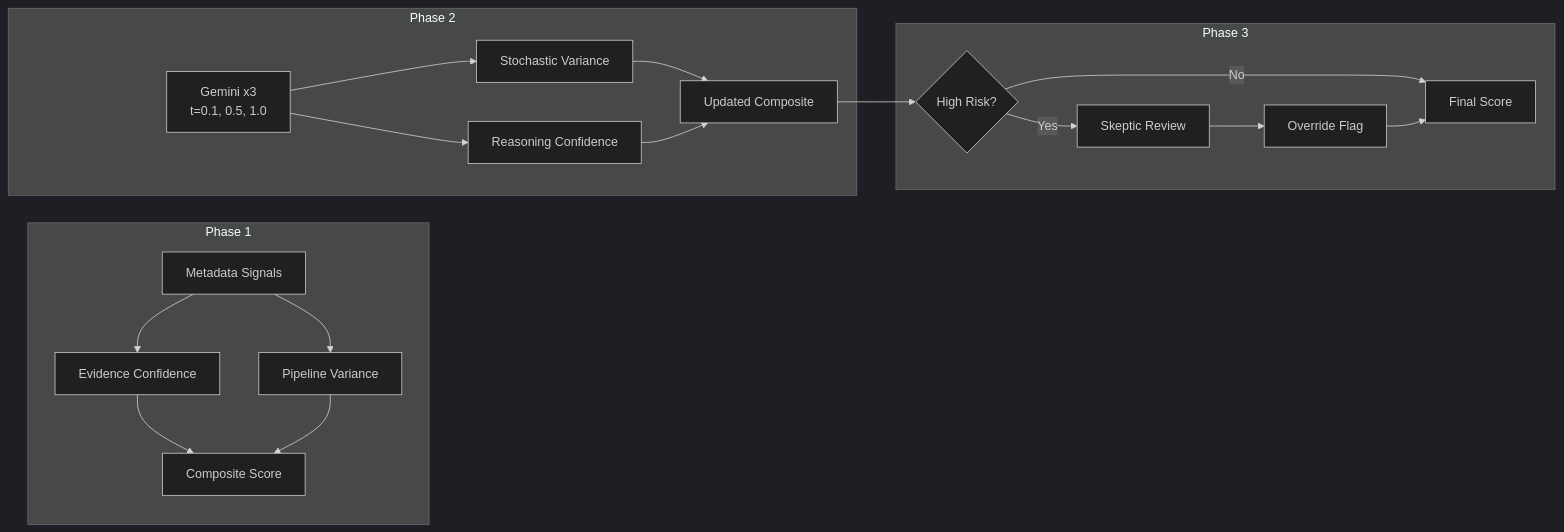
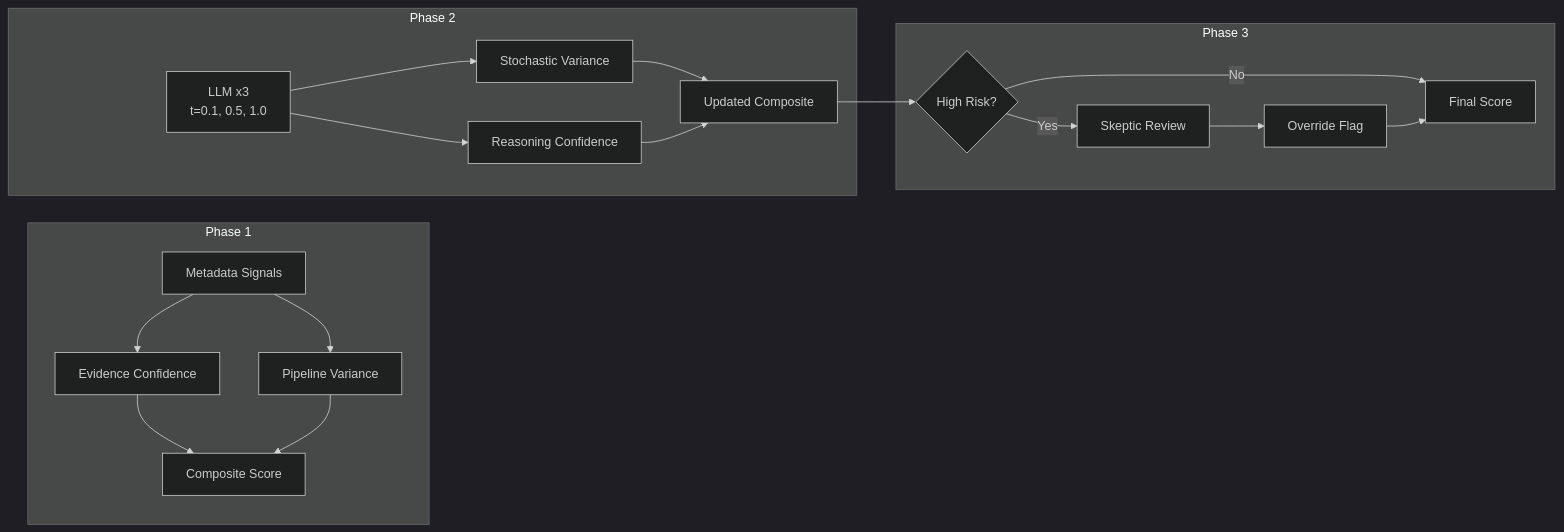
The third of 4 diagrams in public/HOW_IT_WORKS.md (nasa-jpl/JEME), drawn with Mermaid (dark theme) before and after one commit. The commit also changed other lines of this file and 62 other files, not shown here.

````diff
--- a/public/HOW_IT_WORKS.md
+++ b/public/HOW_IT_WORKS.md
@@ -200,24 +207,24 @@
 ```mermaid
 graph LR
     subgraph "Phase 1"
         A[Metadata Signals] --> B[Evidence Confidence]
         A --> C[Pipeline Variance]
         B --> D[Composite Score]
         C --> D
     end
 
     subgraph "Phase 2"
-        E[Gemini x3<br/>t=0.1, 0.5, 1.0] --> F[Stochastic Variance]
+        E[LLM x3<br/>t=0.1, 0.5, 1.0] --> F[Stochastic Variance]
         E --> G[Reasoning Confidence]
         F --> H[Updated Composite]
         G --> H
     end
 
     subgraph "Phase 3"
         H --> I{High Risk?}
         I -->|Yes| J[Skeptic Review]
         J --> K[Override Flag]
         I -->|No| L[Final Score]
         K --> L
     end
 ```
````
